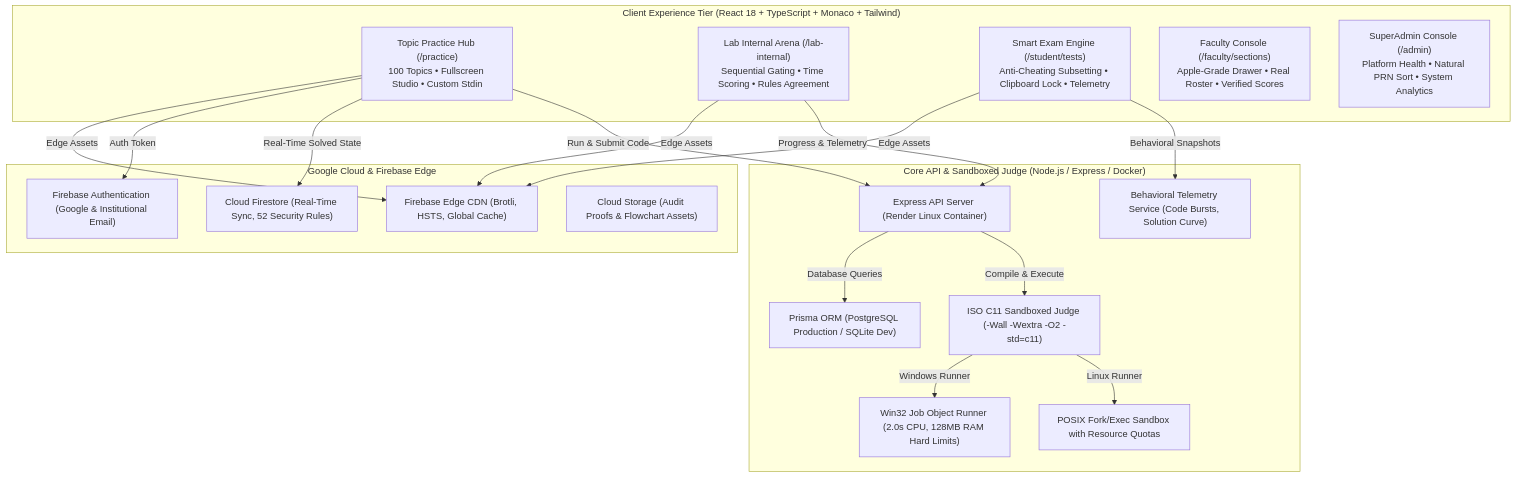
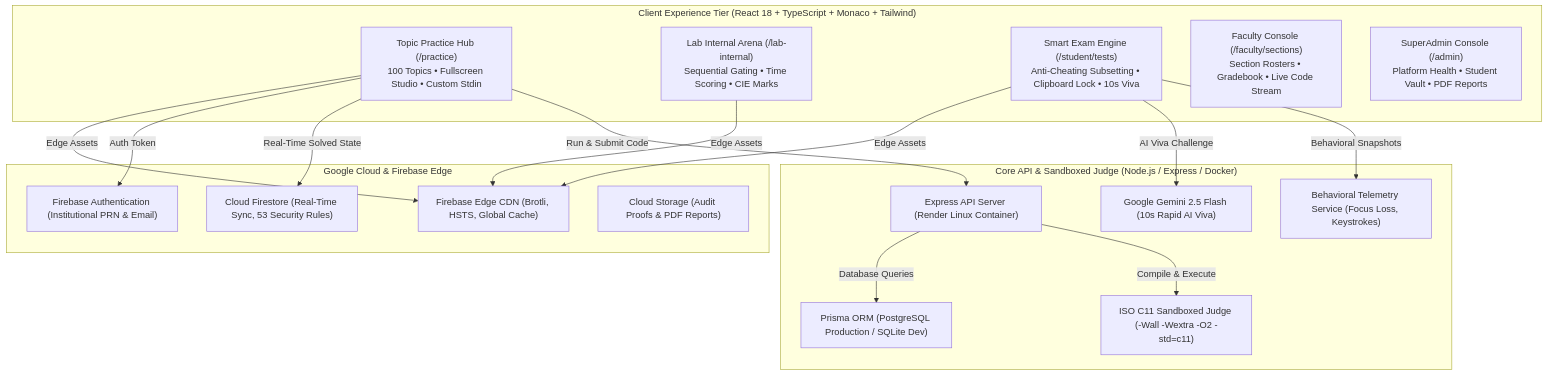
The diagram in README.md (pratikpt1304/LogicQ), drawn with Mermaid before and after one commit. The commit also changed other lines of this file, not shown here.

Commit message:
docs: overhaul README with executive overview, 10s AI viva, CIE scoring, and clean repository map

````diff
--- a/README.md
+++ b/README.md
@@ -131,42 +92,39 @@
 ```mermaid
 flowchart TD
     subgraph ClientLayer ["Client Experience Tier (React 18 + TypeScript + Monaco + Tailwind)"]
         PracticeHub["Topic Practice Hub (/practice)<br/>100 Topics • Fullscreen Studio • Custom Stdin"]
-        LabInternal["Lab Internal Arena (/lab-internal)<br/>Sequential Gating • Time Scoring • Rules Agreement"]
-        ExamProctor["Smart Exam Engine (/student/tests)<br/>Anti-Cheating Subsetting • Clipboard Lock • Telemetry"]
-        FacultyPortal["Faculty Console (/faculty/sections)<br/>Apple-Grade Drawer • Real Roster • Verified Scores"]
-        AdminPortal["SuperAdmin Console (/admin)<br/>Platform Health • Natural PRN Sort • System Analytics"]
+        LabInternal["Lab Internal Arena (/lab-internal)<br/>Sequential Gating • Time Scoring • CIE Marks"]
+        ExamProctor["Smart Exam Engine (/student/tests)<br/>Anti-Cheating Subsetting • Clipboard Lock • 10s Viva"]
+        FacultyPortal["Faculty Console (/faculty/sections)<br/>Section Rosters • Gradebook • Live Code Stream"]
+        AdminPortal["SuperAdmin Console (/admin)<br/>Platform Health • Student Vault • PDF Reports"]
     end
 
     subgraph FirebaseCloud ["Google Cloud & Firebase Edge"]
         Hosting["Firebase Edge CDN (Brotli, HSTS, Global Cache)"]
-        AuthService["Firebase Authentication (Google & Institutional Email)"]
-        FirestoreDB["Cloud Firestore (Real-Time Sync, 52 Security Rules)"]
-        CloudStorage["Cloud Storage (Audit Proofs & Flowchart Assets)"]
+        AuthService["Firebase Authentication (Institutional PRN & Email)"]
+        FirestoreDB["Cloud Firestore (Real-Time Sync, 53 Security Rules)"]
+        CloudStorage["Cloud Storage (Audit Proofs & PDF Reports)"]
     end
 
     subgraph BackendJudge ["Core API & Sandboxed Judge (Node.js / Express / Docker)"]
         ExpressAPI["Express API Server (Render Linux Container)"]
         PrismaClient["Prisma ORM (PostgreSQL Production / SQLite Dev)"]
         JudgeEngine["ISO C11 Sandboxed Judge (-Wall -Wextra -O2 -std=c11)"]
-        WinSandbox["Win32 Job Object Runner (2.0s CPU, 128MB RAM Hard Limits)"]
-        LinuxSandbox["POSIX Fork/Exec Sandbox with Resource Quotas"]
-        TelemetryEngine["Behavioral Telemetry Service (Code Bursts, Solution Curve)"]
+        GeminiEngine["Google Gemini 2.5 Flash (10s Rapid AI Viva)"]
+        TelemetryEngine["Behavioral Telemetry Service (Focus Loss, Keystrokes)"]
     end
 
     PracticeHub -->|Edge Assets| Hosting
     LabInternal -->|Edge Assets| Hosting
     ExamProctor -->|Edge Assets| Hosting
 
     PracticeHub -->|Auth Token| AuthService
     PracticeHub -->|Real-Time Solved State| FirestoreDB
     PracticeHub -->|Run & Submit Code| ExpressAPI
 
-    LabInternal -->|Progress & Telemetry| ExpressAPI
+    ExamProctor -->|AI Viva Challenge| GeminiEngine
     ExamProctor -->|Behavioral Snapshots| TelemetryEngine
 
     ExpressAPI -->|Database Queries| PrismaClient
     ExpressAPI -->|Compile & Execute| JudgeEngine
-    JudgeEngine -->|Windows Runner| WinSandbox
-    JudgeEngine -->|Linux Runner| LinuxSandbox
 ```
````
